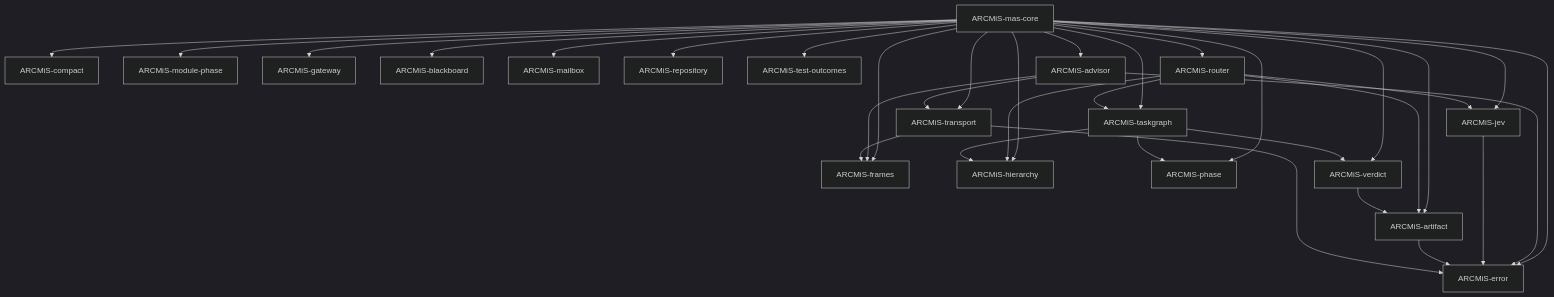
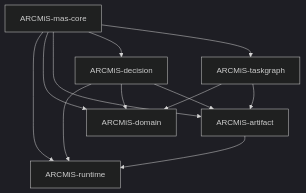
One commit to NTDuck/ARCMiS changed the diagram in docs/adr/0041-crate-split-mas-core.md. Above: the diagram before and after it, drawn with Mermaid (dark theme). The commit also changed other lines of this file and 88 other files, not shown here.

````diff
--- a/docs/adr/0041-crate-split-mas-core.md
+++ b/docs/adr/0041-crate-split-mas-core.md
@@ -227,68 +160,21 @@
 ```mermaid
 graph TD
-    %% Leaves
-    error[ARCMiS-error]
-    frames[ARCMiS-frames]
-    compact[ARCMiS-compact]
-    transport[ARCMiS-transport]
-
-    %% Pure-std composition
-    hierarchy[ARCMiS-hierarchy]
-    phase[ARCMiS-phase]
-    module_phase[ARCMiS-module-phase]
-    gateway[ARCMiS-gateway]
-    blackboard[ARCMiS-blackboard]
-    mailbox[ARCMiS-mailbox]
-    repository[ARCMiS-repository]
-    test_outcomes[ARCMiS-test-outcomes]
-
-    %% Artifact chain
+    runtime[ARCMiS-runtime]
+    domain[ARCMiS-domain]
     artifact[ARCMiS-artifact]
-    verdict[ARCMiS-verdict]
-    jev[ARCMiS-jev]
+    decision[ARCMiS-decision]
     taskgraph[ARCMiS-taskgraph]
-    router[ARCMiS-router]
-    advisor[ARCMiS-advisor]
-
-    %% Conductor
     mas_core[ARCMiS-mas-core]
 
-    %% Leaf edges
-    transport --> frames
-    transport --> error
-
-    %% Artifact chain edges
-    artifact --> error
-    verdict --> artifact
-    jev --> error
-    taskgraph --> hierarchy
-    taskgraph --> phase
-    taskgraph --> verdict
-    router --> hierarchy
-    router --> jev
-    router --> taskgraph
-    router --> artifact
-    advisor --> transport
-    advisor --> error
-    advisor --> frames
-
-    %% Conductor edges
-    mas_core --> error
-    mas_core --> frames
-    mas_core --> compact
-    mas_core --> transport
-    mas_core --> hierarchy
-    mas_core --> phase
-    mas_core --> module_phase
-    mas_core --> gateway
-    mas_core --> blackboard
-    mas_core --> mailbox
-    mas_core --> repository
-    mas_core --> test_outcomes
+    artifact --> runtime
+    decision --> runtime
+    decision --> domain
+    decision --> artifact
+    taskgraph --> domain
+    taskgraph --> artifact
+    mas_core --> runtime
+    mas_core --> domain
     mas_core --> artifact
-    mas_core --> jev
-    mas_core --> verdict
+    mas_core --> decision
     mas_core --> taskgraph
-    mas_core --> router
-    mas_core --> advisor
 ```
````
